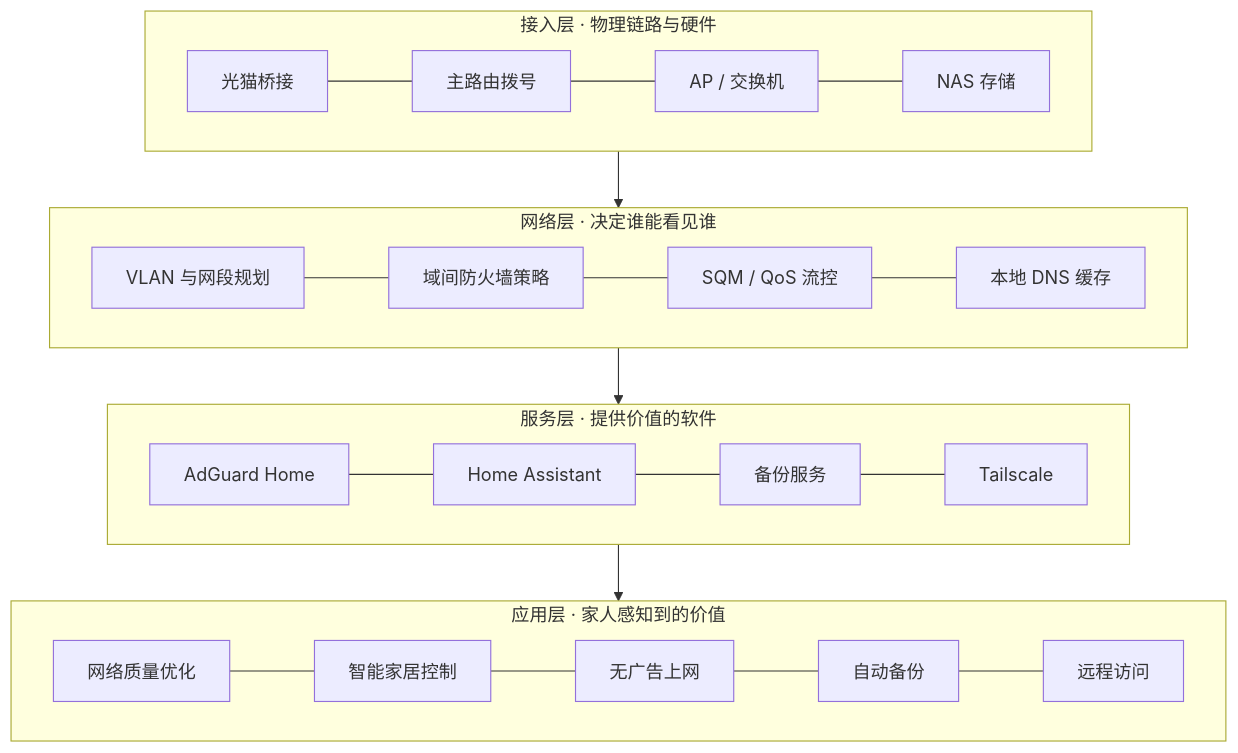
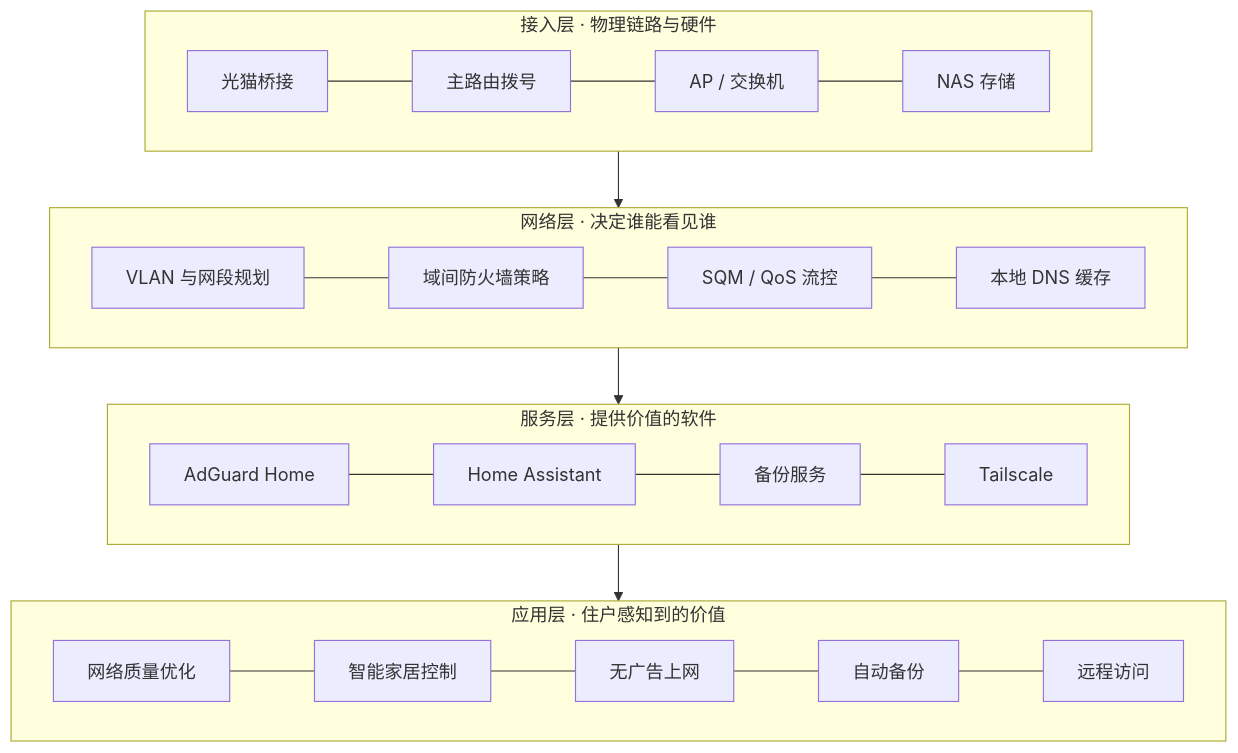
The second of 2 diagrams in README.md (dandanliangle/home-private-cloud), drawn with Mermaid before and after one commit. The commit also changed other lines of this file and 1 other file, not shown here.

````diff
--- a/README.md
+++ b/README.md
@@ -55,20 +56,20 @@
 ```mermaid
 flowchart TB
-    subgraph L4[应用层 · 家人感知到的价值]
+    subgraph L4[应用层 · 住户感知到的价值]
         direction LR
         V1[网络质量优化] --- V2[智能家居控制] --- V3[无广告上网] --- V4[自动备份] --- V5[远程访问]
     end
     subgraph L3[服务层 · 提供价值的软件]
         direction LR
         S1[AdGuard Home] --- S2[Home Assistant] --- S3[备份服务] --- S4[Tailscale]
     end
     subgraph L2[网络层 · 决定谁能看见谁]
         direction LR
         N1[VLAN 与网段规划] --- N2[域间防火墙策略] --- N3[SQM / QoS 流控] --- N4[本地 DNS 缓存]
     end
     subgraph L1[接入层 · 物理链路与硬件]
         direction LR
         P1[光猫桥接] --- P2[主路由拨号] --- P3[AP / 交换机] --- P4[NAS 存储]
     end
     L1 --> L2 --> L3 --> L4
 ```
````
